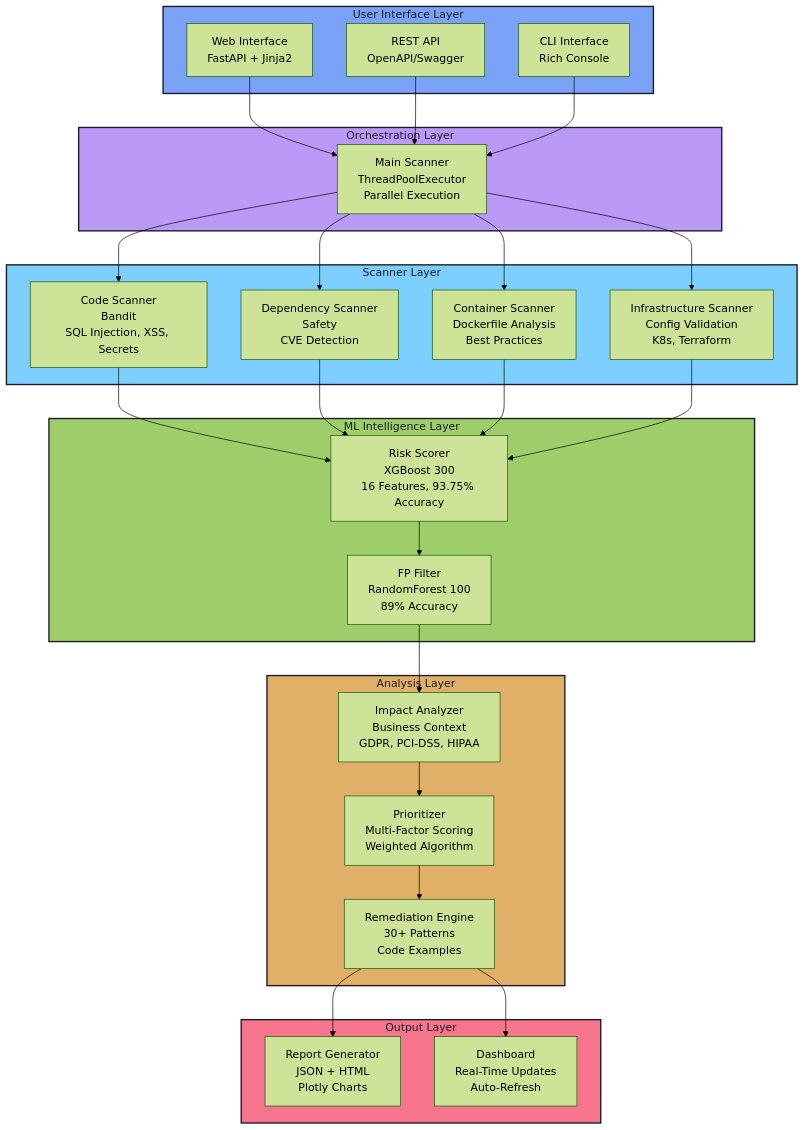
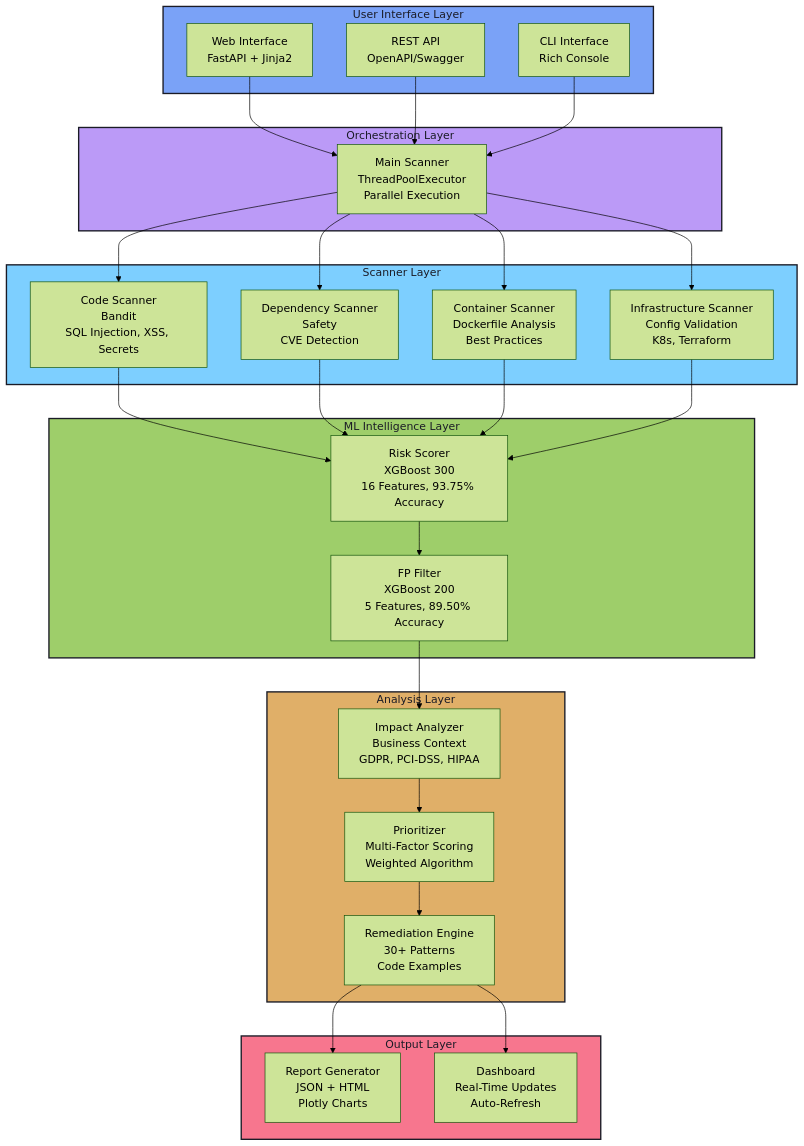
One commit to Jai3405/Techsophy changed the diagram in README.md. Above: the diagram before and after it, drawn with Mermaid (forest theme). The commit also changed other lines of this file and 3 other files, not shown here.

Commit message:
Upgrade False Positive Filter to XGBoost for improved accuracy

````diff
--- a/README.md
+++ b/README.md
@@ -164,64 +164,64 @@
 ```mermaid
 graph TB
     subgraph UI["User Interface Layer"]
         A["Web Interface<br/>FastAPI + Jinja2"]
         B["REST API<br/>OpenAPI/Swagger"]
         C["CLI Interface<br/>Rich Console"]
     end
 
     subgraph Orchestration["Orchestration Layer"]
         D["Main Scanner<br/>ThreadPoolExecutor<br/>Parallel Execution"]
     end
 
     subgraph Scanners["Scanner Layer"]
         E1["Code Scanner<br/>Bandit<br/>SQL Injection, XSS, Secrets"]
         E2["Dependency Scanner<br/>Safety<br/>CVE Detection"]
         E3["Container Scanner<br/>Dockerfile Analysis<br/>Best Practices"]
         E4["Infrastructure Scanner<br/>Config Validation<br/>K8s, Terraform"]
     end
 
     subgraph ML["ML Intelligence Layer"]
         F1["Risk Scorer<br/>XGBoost 300<br/>16 Features, 93.75% Accuracy"]
-        F2["FP Filter<br/>RandomForest 100<br/>89% Accuracy"]
+        F2["FP Filter<br/>XGBoost 200<br/>5 Features, 89.50% Accuracy"]
     end
 
     subgraph Analysis["Analysis Layer"]
         G1["Impact Analyzer<br/>Business Context<br/>GDPR, PCI-DSS, HIPAA"]
         G2["Prioritizer<br/>Multi-Factor Scoring<br/>Weighted Algorithm"]
         G3["Remediation Engine<br/>30+ Patterns<br/>Code Examples"]
     end
 
     subgraph Output["Output Layer"]
         H1["Report Generator<br/>JSON + HTML<br/>Plotly Charts"]
         H2["Dashboard<br/>Real-Time Updates<br/>Auto-Refresh"]
     end
 
     A --> D
     B --> D
     C --> D
 
     D --> E1
     D --> E2
     D --> E3
     D --> E4
 
     E1 --> F1
     E2 --> F1
     E3 --> F1
     E4 --> F1
 
     F1 --> F2
     F2 --> G1
     G1 --> G2
     G2 --> G3
 
     G3 --> H1
     G3 --> H2
 
     style UI fill:#7aa2f7,stroke:#1a1b26,stroke-width:2px,color:#1a1b26
     style Orchestration fill:#bb9af7,stroke:#1a1b26,stroke-width:2px,color:#1a1b26
     style Scanners fill:#7dcfff,stroke:#1a1b26,stroke-width:2px,color:#1a1b26
     style ML fill:#9ece6a,stroke:#1a1b26,stroke-width:2px,color:#1a1b26
     style Analysis fill:#e0af68,stroke:#1a1b26,stroke-width:2px,color:#1a1b26
     style Output fill:#f7768e,stroke:#1a1b26,stroke-width:2px,color:#1a1b26
 ```
````
